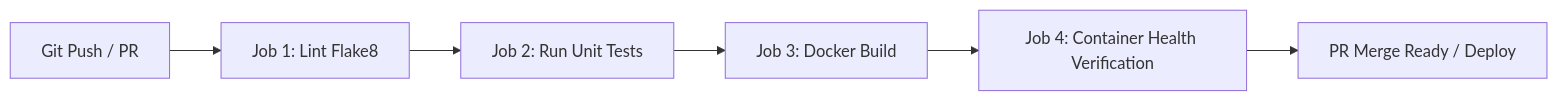
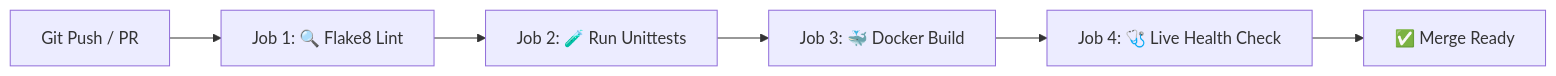
The fourth of 4 diagrams in README.md (Priya-Ranjan-0201/BrainCheck), drawn with Mermaid before and after one commit. The commit also changed other lines of this file, not shown here.

Commit message:
docs(readme): enhance GitHub presentation with badges, diagrams, highlight boxes, and quick navigation

````diff
--- a/README.md
+++ b/README.md
@@ -465,8 +469,8 @@
 ```mermaid
 flowchart LR
-    A[Git Push / PR] --> B[Job 1: Lint Flake8]
-    B --> C[Job 2: Run Unit Tests]
-    C --> D[Job 3: Docker Build]
-    D --> E[Job 4: Container Health Verification]
-    E --> F[PR Merge Ready / Deploy]
+    A[Git Push / PR] --> B[Job 1: 🔍 Flake8 Lint]
+    B --> C[Job 2: 🧪 Run Unittests]
+    C --> D[Job 3: 🐳 Docker Build]
+    D --> E[Job 4: 🩺 Live Health Check]
+    E --> F[✅ Merge Ready]
 ```
````
